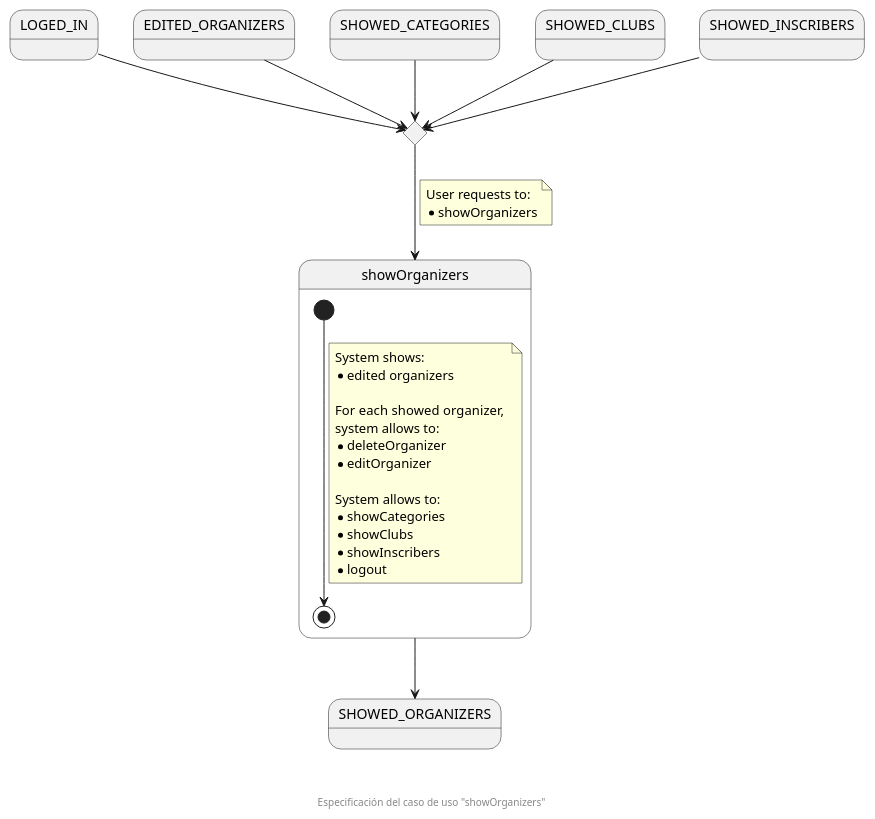
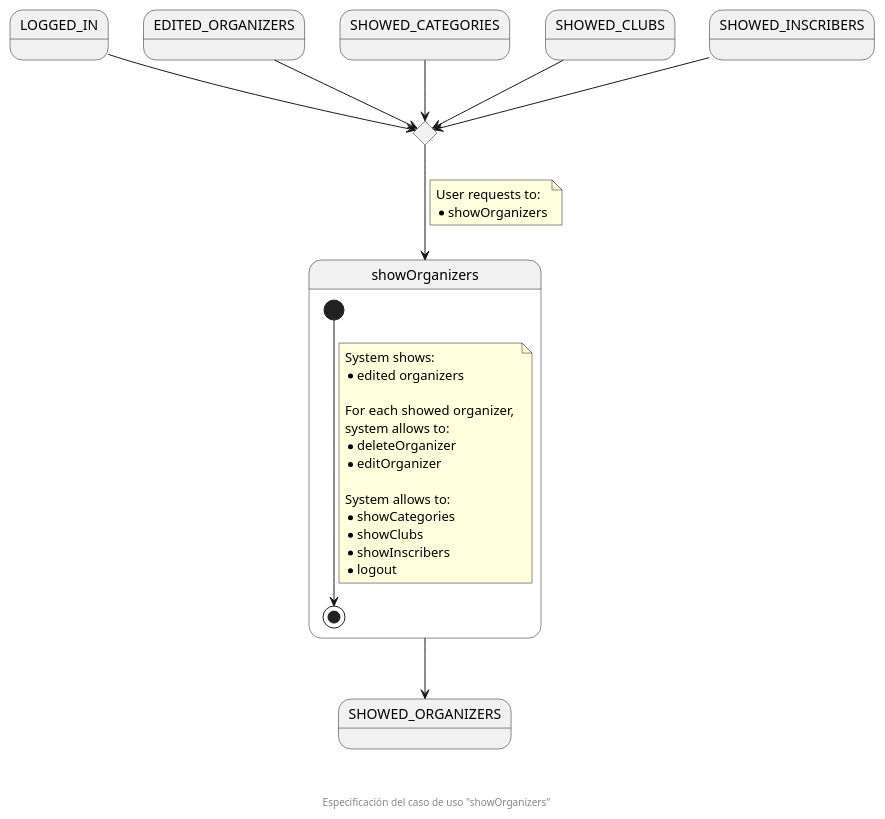
One commit to zuldare/mastercloud_pfm_halterocms changed the diagram in documentation/diagrams/1_requirements/3_useCasesSpecification/organizationSecretary/07_showOrganizers.puml. Above: the diagram before and after it, drawn with PlantUML. The commit also changed 5 other files, not shown here.

```diff
--- a/documentation/diagrams/1_requirements/3_useCasesSpecification/organizationSecretary/07_showOrganizers.puml
+++ b/documentation/diagrams/1_requirements/3_useCasesSpecification/organizationSecretary/07_showOrganizers.puml
@@ -1,44 +1,44 @@
 @startuml
-state LOGED_IN
+state LOGGED_IN
 state EDITED_ORGANIZERS
 state SHOWED_CATEGORIES
 state SHOWED_CLUBS
 state SHOWED_INSCRIBERS
 
 state enterShowOrganizersCHC <<choice>>
 
 state showOrganizers {
   [*] --> [*]
   note on link
     System shows:
     * edited organizers
 
     For each showed organizer, 
     system allows to:
     * deleteOrganizer
     * editOrganizer
 
     System allows to:
     * showCategories
     * showClubs
     * showInscribers
     * logout
   end note
 }
 state SHOWED_ORGANIZERS
 
-LOGED_IN --> enterShowOrganizersCHC
+LOGGED_IN --> enterShowOrganizersCHC
 EDITED_ORGANIZERS --> enterShowOrganizersCHC
 SHOWED_CATEGORIES --> enterShowOrganizersCHC
 SHOWED_CLUBS --> enterShowOrganizersCHC
 SHOWED_INSCRIBERS --> enterShowOrganizersCHC
 
 enterShowOrganizersCHC --> showOrganizers
 note on link
   User requests to:
   * showOrganizers
 end note
 showOrganizers --> SHOWED_ORGANIZERS
 
 footer \n\n\n Especificación del caso de uso "showOrganizers"
 @enduml
```
